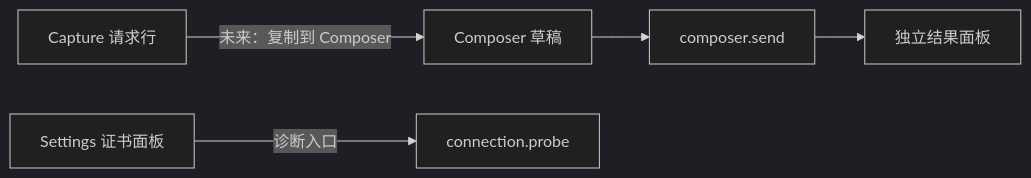
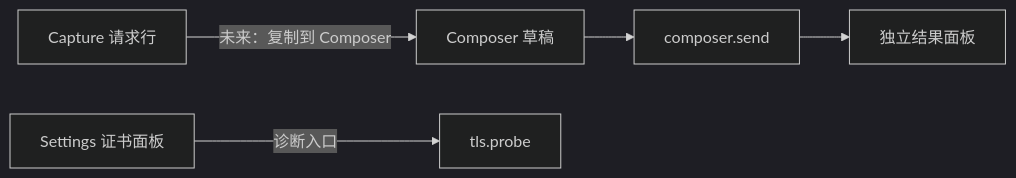
The third of 3 diagrams in architecture/feature-composer.md (zhxmt-xm/Interceptor), drawn with Mermaid (dark theme) before and after one commit. The commit also changed other lines of this file and 237 other files, not shown here.

````diff
--- a/architecture/feature-composer.md
+++ b/architecture/feature-composer.md
@@ -107,7 +107,7 @@
 ```mermaid
 flowchart LR
     A["Capture 请求行"] -->|"未来：复制到 Composer"| B["Composer 草稿"]
     B --> C["composer.send"]
     C --> D["独立结果面板"]
-    E["Settings 证书面板"] -->|"诊断入口"| F["connection.probe"]
+    E["Settings 证书面板"] -->|"诊断入口"| F["tls.probe"]
 ```
````
